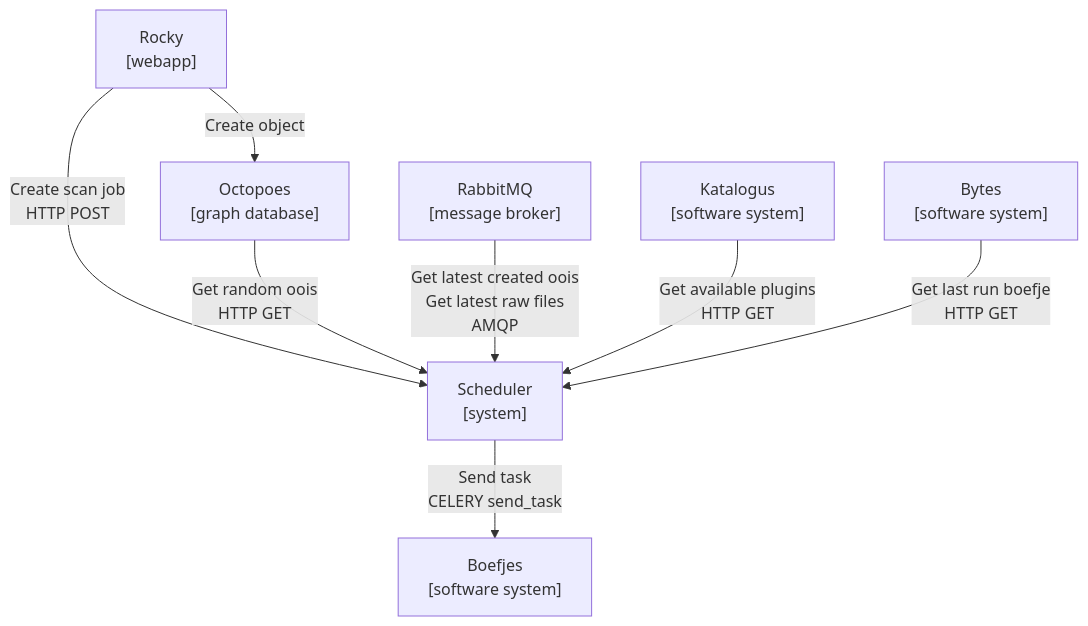
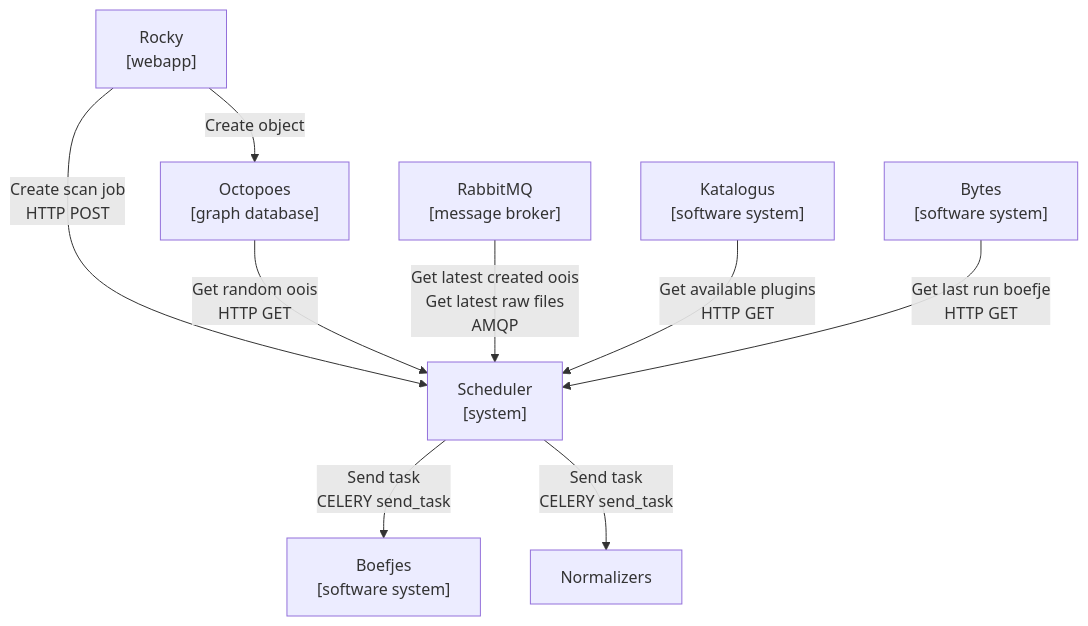
The first of 3 diagrams in docs/design.md (minvws/nl-kat-mula), drawn with Mermaid before and after one commit. The commit also changed other lines of this file and 1 other file, not shown here.

````diff
--- a/docs/design.md
+++ b/docs/design.md
@@ -41,23 +40,24 @@
 ```mermaid
 graph TB
     
     Rocky["Rocky<br/>[webapp]"]
     Octopoes["Octopoes<br/>[graph database]"]
     Katalogus["Katalogus<br/>[software system]"]
     Bytes["Bytes<br/>[software system]"]
     Boefjes["Boefjes<br/>[software system]"]
     Scheduler["Scheduler<br/>[system]"]
     RabbitMQ["RabbitMQ<br/>[message broker]"]
 
     Rocky--"Create object"-->Octopoes
     Rocky--"Create scan job<br/>HTTP POST"--->Scheduler
 
     Octopoes--"Get random oois<br/>HTTP GET"-->Scheduler
 
     RabbitMQ--"Get latest created oois<br/>Get latest raw files<br/>AMQP"-->Scheduler
 
     Katalogus--"Get available plugins<br/>HTTP GET"-->Scheduler
     Bytes--"Get last run boefje<br/>HTTP GET"-->Scheduler
 
     Scheduler--"Send task<br/>CELERY send_task"-->Boefjes
+    Scheduler--"Send task<br/>CELERY send_task"-->Normalizers
 ```
````
